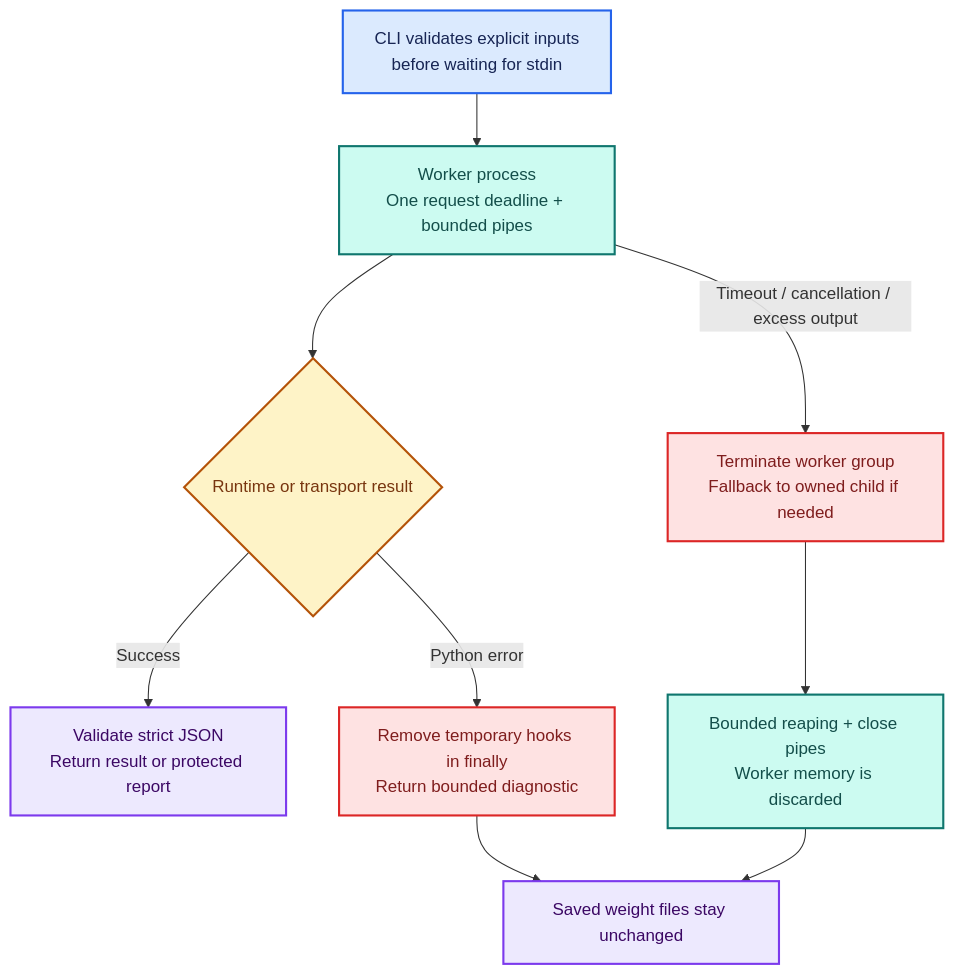
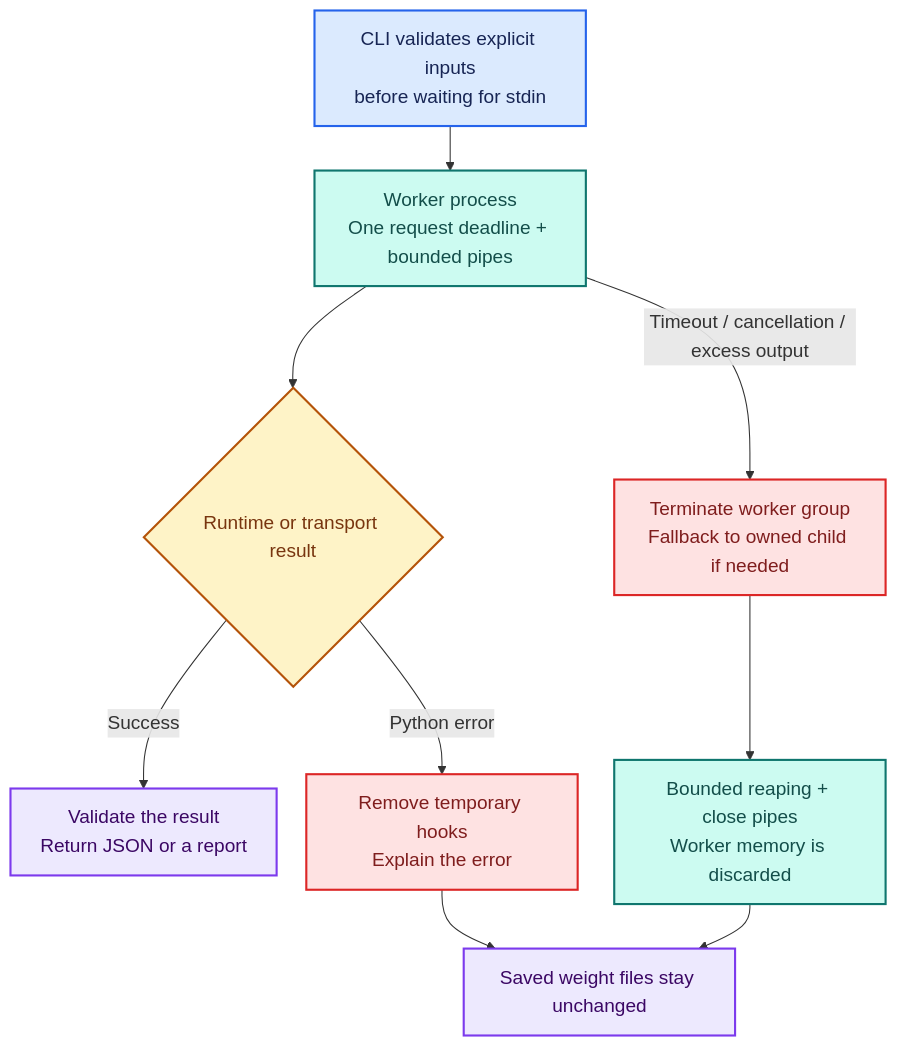
One commit to djayuffe/neuron-steer changed diagram 16 of 16 in VISUAL_GUIDE.md. Above: the diagram before and after it, drawn with Mermaid. The commit also changed other lines of this file and 6 other files, not shown here.

Commit message:
Improve reading paths, diagram typography and ELI5 concept explanations

````diff
--- a/VISUAL_GUIDE.md
+++ b/VISUAL_GUIDE.md
@@ -603,19 +948,31 @@
 ```mermaid
+---
+config:
+  fontFamily: Arial, Helvetica, sans-serif
+  fontSize: 18
+  themeVariables:
+    fontFamily: Arial, Helvetica, sans-serif
+    fontSize: 18px
+  flowchart:
+    nodeSpacing: 28
+    rankSpacing: 42
+    padding: 14
+---
 flowchart TB
   accTitle: A command has bounded work and explicit failure paths
   accDescr: Validation, subprocess deadlines, stream caps, strict JSON, hook cleanup and protected reports bound execution. Forceful process termination discards worker memory without changing weight files.
-C["CLI validates explicit inputs<br/>before waiting for stdin"]:::input --> W["Worker process<br/>One request deadline + bounded pipes"]:::local
+  C["CLI validates explicit inputs<br/>before waiting for stdin"]:::input --> W["Worker process<br/>One request deadline + bounded pipes"]:::local
   W --> F{"Runtime or transport result"}:::choice
-  F -- "Success" --> J["Validate strict JSON<br/>Return result or protected report"]:::evidence
-  F -- "Python error" --> H["Remove temporary hooks in finally<br/>Return bounded diagnostic"]:::limit
+  F -- "Success" --> J["Validate the result<br/>Return JSON or a report"]:::evidence
+  F -- "Python error" --> H["Remove temporary hooks<br/>Explain the error"]:::limit
   W -- "Timeout / cancellation / excess output" --> K["Terminate worker group<br/>Fallback to owned child if needed"]:::limit
   K --> R["Bounded reaping + close pipes<br/>Worker memory is discarded"]:::local
   H --> S["Saved weight files stay unchanged"]:::evidence
   R --> S
   classDef input fill:#DBEAFE,stroke:#2563EB,color:#172554,stroke-width:2px;
   classDef local fill:#CCFBF1,stroke:#0F766E,color:#134E4A,stroke-width:2px;
   classDef choice fill:#FEF3C7,stroke:#B45309,color:#78350F,stroke-width:2px;
   classDef evidence fill:#EDE9FE,stroke:#7C3AED,color:#3B0764,stroke-width:2px;
   classDef remote fill:#FCE7F3,stroke:#BE185D,color:#831843,stroke-width:2px;
   classDef limit fill:#FEE2E2,stroke:#DC2626,color:#7F1D1D,stroke-width:2px;
 ```
````
